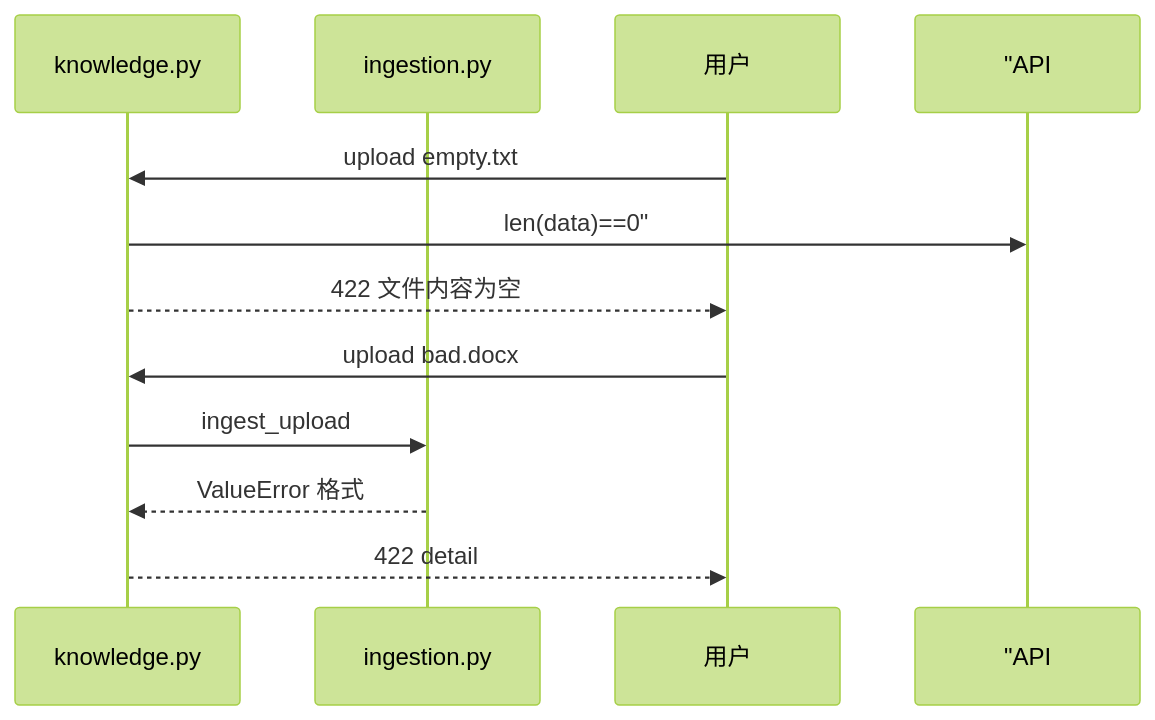
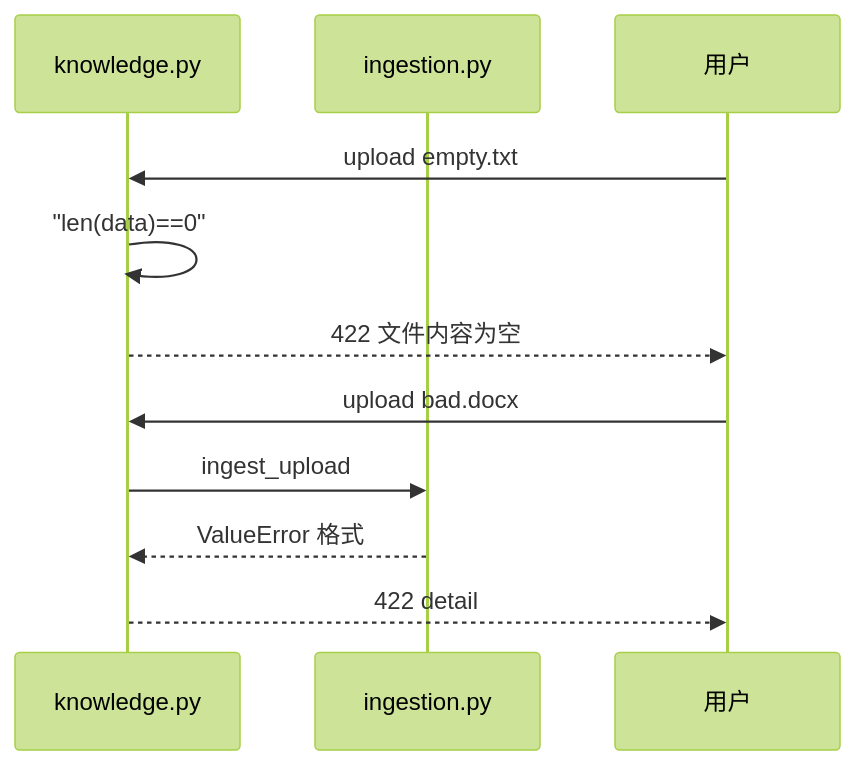
Before and after one commit to ab6539763/70_days_course_plus: the third of 3 diagrams in course/day25/04_流程图与示意图.md, drawn with Mermaid (forest theme). The commit also changed other lines of this file and 80 other files, not shown here.

First line of the commit message:
fix(course): 修复 Mermaid 图表渲染报错 + 同步嵌入代码快照

````diff
--- a/course/day25/04_流程图与示意图.md
+++ b/course/day25/04_流程图与示意图.md
@@ -59,15 +59,15 @@
 ```mermaid
 sequenceDiagram
     participant API as knowledge.py
     participant ING as ingestion.py
     participant U as 用户
 
     U->>API: upload empty.txt
-    API->> "API: len(data)==0"
+    API->>API: "len(data)==0"
     API-->>U: 422 文件内容为空
 
     U->>API: upload bad.docx
     API->>ING: ingest_upload
     ING-->>API: ValueError 格式
     API-->>U: 422 detail
 ```
````
